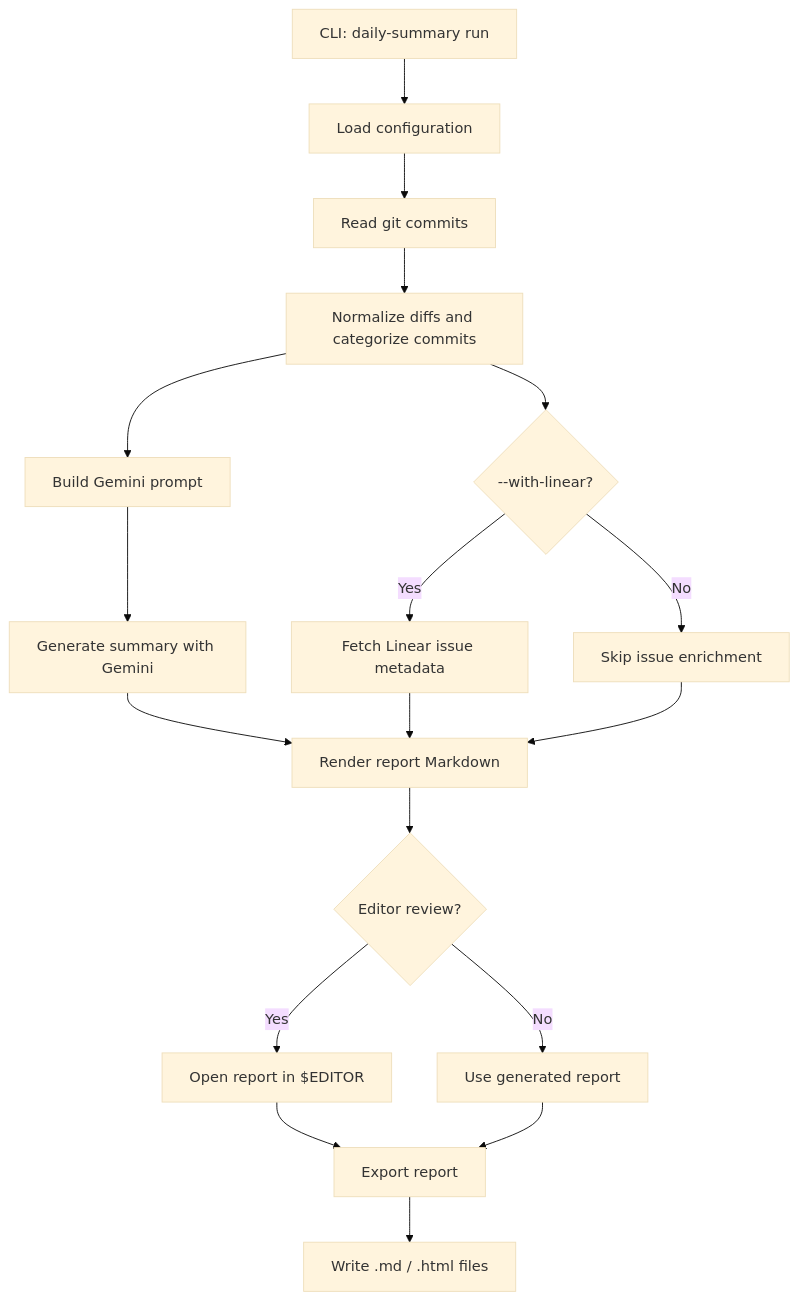
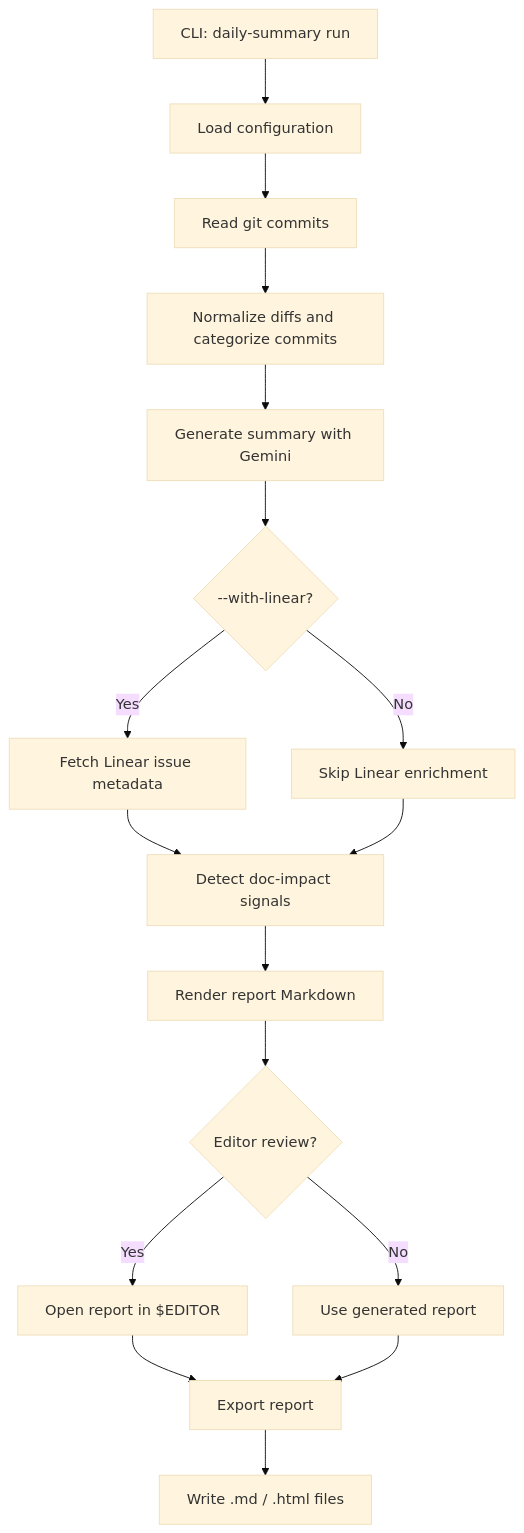
The first of 4 diagrams in website/docs/introduction.md (Vedant1202/work-summarizer), drawn with Mermaid (base theme) before and after one commit. The commit also changed other lines of this file and 1 other file, not shown here.

First line of the commit message:
docs: fix mermaid diagrams to accurately reflect current architecture

````diff
--- a/website/docs/introduction.md
+++ b/website/docs/introduction.md
@@ -26,20 +26,19 @@
 ```mermaid
 flowchart TD
   A["CLI: daily-summary run"] --> B["Load configuration"]
   B --> C["Read git commits"]
   C --> D["Normalize diffs and categorize commits"]
-  D --> E["Build Gemini prompt"]
-  E --> F["Generate summary with Gemini"]
-  D --> G{"--with-linear?"}
-  G -->|Yes| H["Fetch Linear issue metadata"]
-  G -->|No| I["Skip issue enrichment"]
-  F --> J["Render report Markdown"]
-  H --> J
-  I --> J
+  D --> E["Generate summary with Gemini"]
+  E --> F{"--with-linear?"}
+  F -->|Yes| G["Fetch Linear issue metadata"]
+  F -->|No| H["Skip Linear enrichment"]
+  G --> I["Detect doc-impact signals"]
+  H --> I
+  I --> J["Render report Markdown"]
   J --> K{"Editor review?"}
   K -->|Yes| L["Open report in $EDITOR"]
   K -->|No| M["Use generated report"]
   L --> N["Export report"]
   M --> N
   N --> O["Write .md / .html files"]
 ```
````
